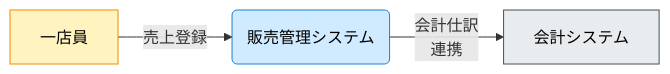
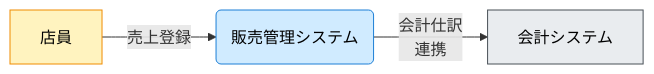
One commit to specdojo/specdojo changed the seventh of 9 diagrams in docs/ja/specdojo/rulebooks/cxd-mermaid-rulebook.md. Above: the diagram before and after it, drawn with Mermaid. The commit also changed other lines of this file and 7 other files, not shown here.

````diff
--- a/docs/ja/specdojo/rulebooks/cxd-mermaid-rulebook.md
+++ b/docs/ja/specdojo/rulebooks/cxd-mermaid-rulebook.md
@@ -240,12 +178,12 @@
 ```mermaid
 flowchart LR
-  店員["一店員"] -->|"売上登録"| 販売管理システム("販売管理システム")
+  店員["店員"] -->|"売上登録"| 販売管理システム("販売管理システム")
   販売管理システム -->|"会計仕訳<br>連携"| 会計システム["会計システム"]
 
   classDef person fill:#fff3bf,stroke:#f08c00,color:#000;
   classDef system fill:#d0ebff,stroke:#1c7ed6,color:#000;
   classDef external fill:#e9ecef,stroke:#495057,color:#000;
   class 店員 person;
   class 販売管理システム system;
   class 会計システム external;
 ```
````
